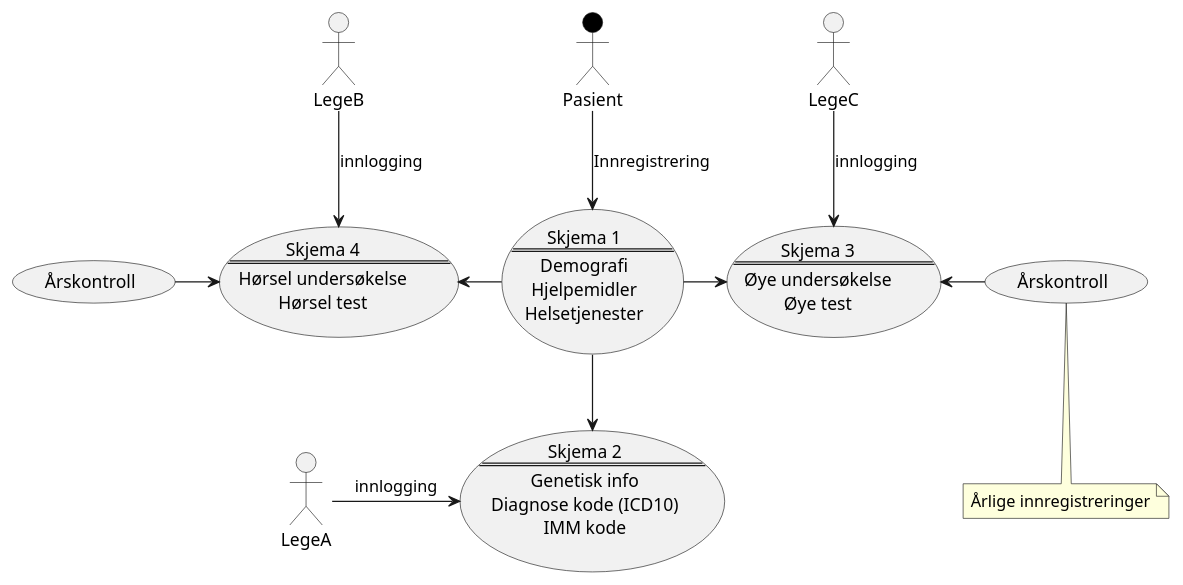
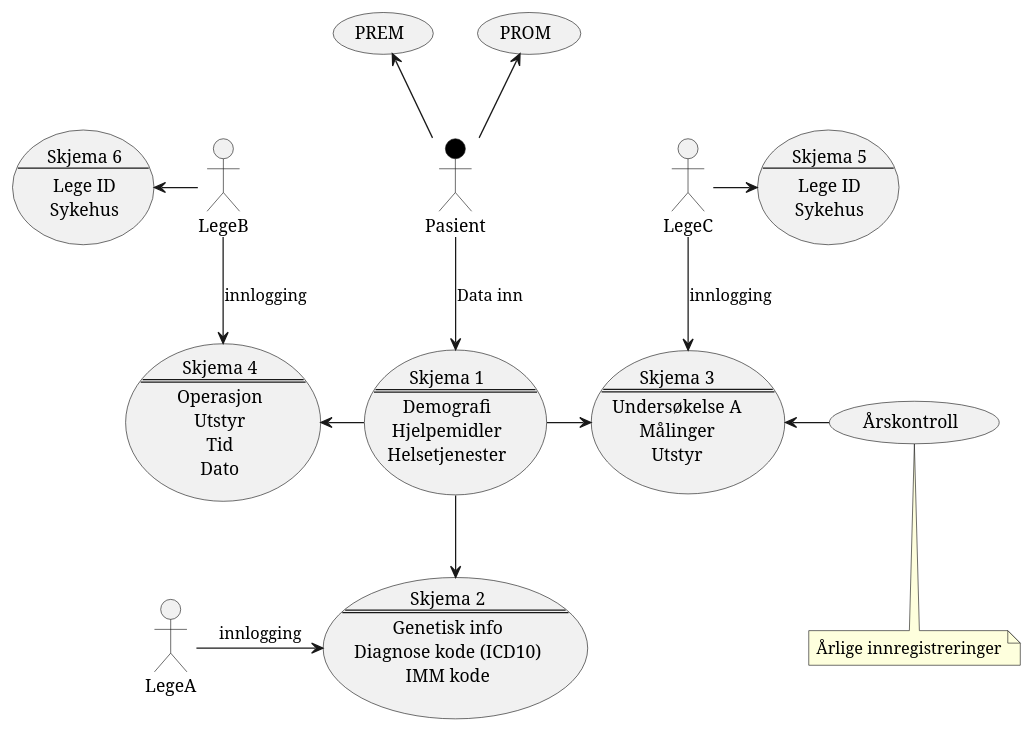
The first of 3 diagrams in prosesskart.org (yusbk/Register), drawn with PlantUML before and after one commit. The commit also changed other lines of this file, not shown here.

```diff
--- a/prosesskart.org
+++ b/prosesskart.org
@@ -45,56 +43,76 @@
 #+BEGIN_SRC plantuml :file test.png
+  skinparam defaultFontName TimesRoman
 
-    actor Pasient #black
-    usecase UC1 as "
-    Skjema 1
-    ==
-    Demografi
-    Hjelpemidler
-    Helsetjenester"
+  actor Pasient #black
 
-    Pasient --> UC1 : Innregistrering
+  usecase UC1 as "
+  Skjema 1
+  ==
+  Demografi
+  Hjelpemidler
+  Helsetjenester"
+
+  :Pasient: -up-> (PROM)
+  :Pasient: -up-> (PREM)
+  :Pasient: -down-> UC1 : Data inn
 
   usecase UC2 as "
   Skjema 2
   ==
   Genetisk info
   Diagnose kode (ICD10)
   IMM kode"
 
   UC1 --> UC2
 
   actor LegeA
 
   LegeA -> UC2 : innlogging
 
   usecase UC3 as "
   Skjema 3
   ==
-  Øye undersøkelse
-  Øye test"
+  Undersøkelse A
+  Målinger
+  Utstyr"
 
   UC1 -> UC3
 
   usecase a1 as "Årskontroll"
   UC3 <- a1
 
   note bottom of a1 : Årlige innregistreringer
 
   actor LegeC
   :LegeC: -down-> UC3 :innlogging
 
+  usecase LC as "
+  Skjema 5
+  --
+  Lege ID
+  Sykehus"
+
+  :LegeC: -right-> LC
+
   usecase UC4 as "
   Skjema 4
   ==
-  Hørsel undersøkelse
-  Hørsel test"
+  Operasjon
+  Utstyr
+  Tid
+  Dato"
 
   UC4 <- UC1
 
   actor LegeB
   :LegeB: -down-> UC4 : innlogging
 
-  usecase a2 as "Årskontroll"
-  a2 -> UC4
 
+  usecase LB as "
+  Skjema 6
+  --
+  Lege ID
+  Sykehus"
+
+  :LegeB: -left-> LB
 #+END_SRC
```
